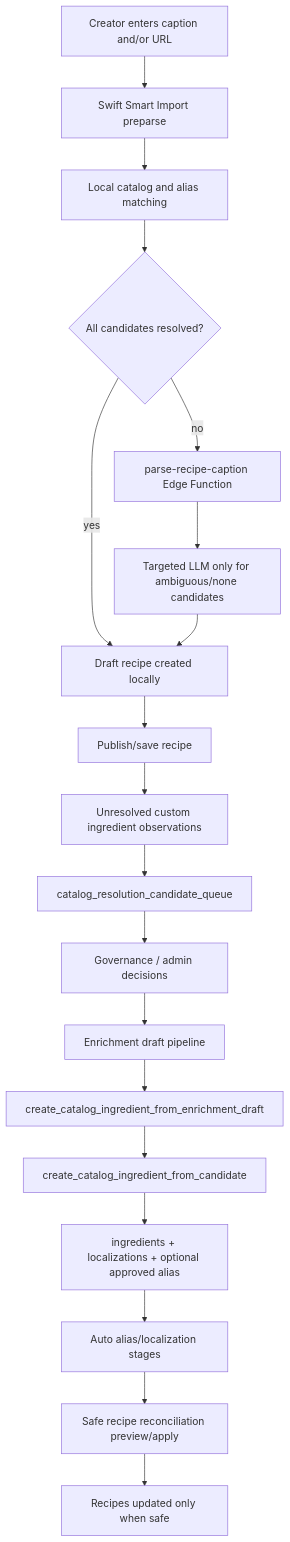
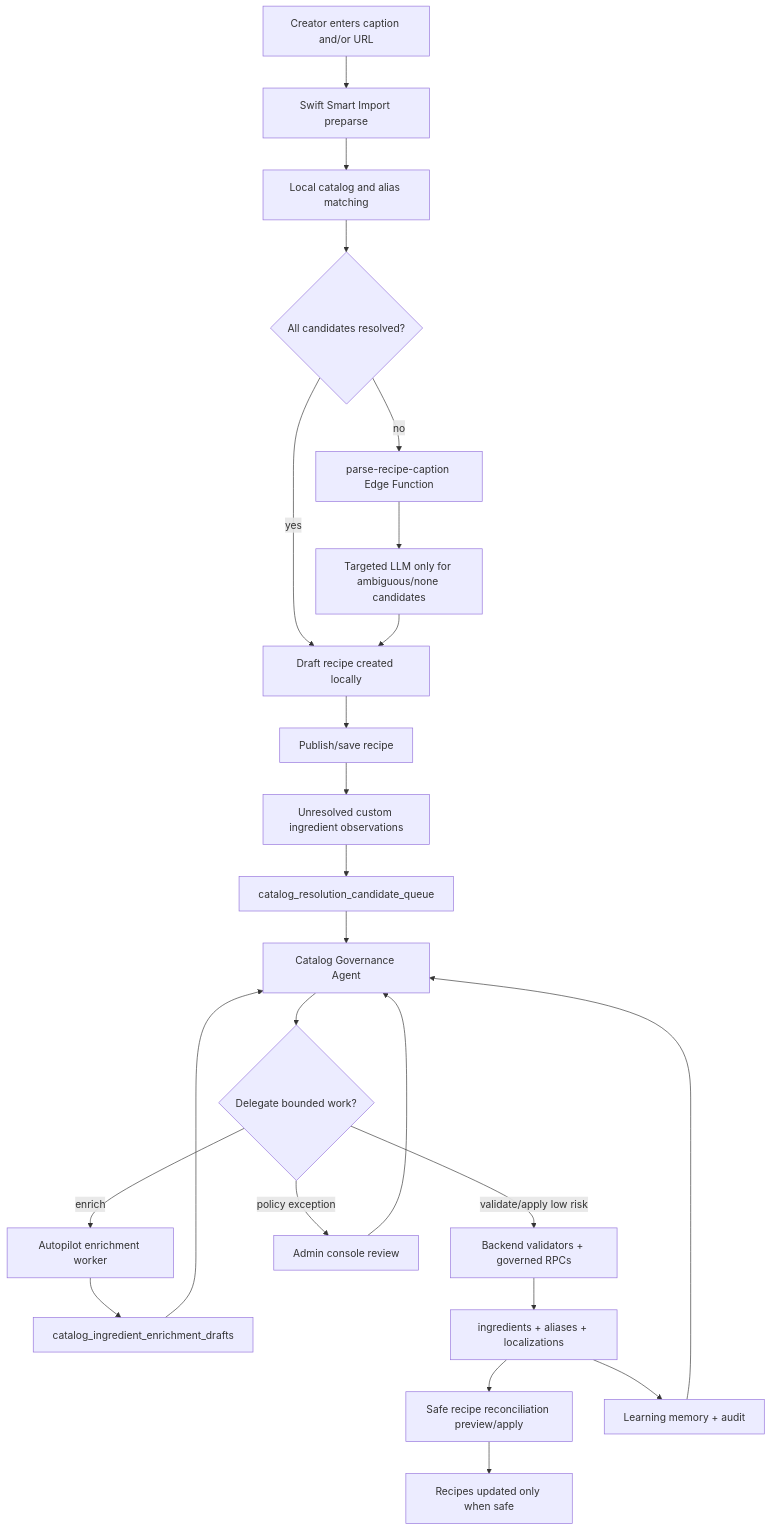
One commit to Nova1390/Season changed the diagram in docs/smart-import-catalog-intelligence-pipeline.md. Above: the diagram before and after it, drawn with Mermaid. The commit also changed other lines of this file and 3 other files, not shown here.

Commit message:
Align catalog agent and autopilot responsibilities

````diff
--- a/docs/smart-import-catalog-intelligence-pipeline.md
+++ b/docs/smart-import-catalog-intelligence-pipeline.md
@@ -31,21 +33,26 @@
 ```mermaid
 flowchart TD
     A["Creator enters caption and/or URL"] --> B["Swift Smart Import preparse"]
     B --> C["Local catalog and alias matching"]
     C --> D{"All candidates resolved?"}
     D -->|yes| E["Draft recipe created locally"]
     D -->|no| F["parse-recipe-caption Edge Function"]
     F --> G["Targeted LLM only for ambiguous/none candidates"]
     G --> E
     E --> H["Publish/save recipe"]
     H --> I["Unresolved custom ingredient observations"]
     I --> J["catalog_resolution_candidate_queue"]
-    J --> K["Governance / admin decisions"]
-    K --> L["Enrichment draft pipeline"]
-    L --> M["create_catalog_ingredient_from_enrichment_draft"]
-    M --> N["create_catalog_ingredient_from_candidate"]
-    N --> O["ingredients + localizations + optional approved alias"]
-    O --> P["Auto alias/localization stages"]
-    P --> Q["Safe recipe reconciliation preview/apply"]
-    Q --> R["Recipes updated only when safe"]
+    J --> K["Catalog Governance Agent"]
+    K --> L{"Delegate bounded work?"}
+    L -->|enrich| M["Autopilot enrichment worker"]
+    L -->|validate/apply low risk| N["Backend validators + governed RPCs"]
+    L -->|policy exception| O["Admin console review"]
+    M --> P["catalog_ingredient_enrichment_drafts"]
+    P --> K
+    O --> K
+    N --> Q["ingredients + aliases + localizations"]
+    Q --> R["Safe recipe reconciliation preview/apply"]
+    R --> S["Recipes updated only when safe"]
+    Q --> T["Learning memory + audit"]
+    T --> K
 ```
````
